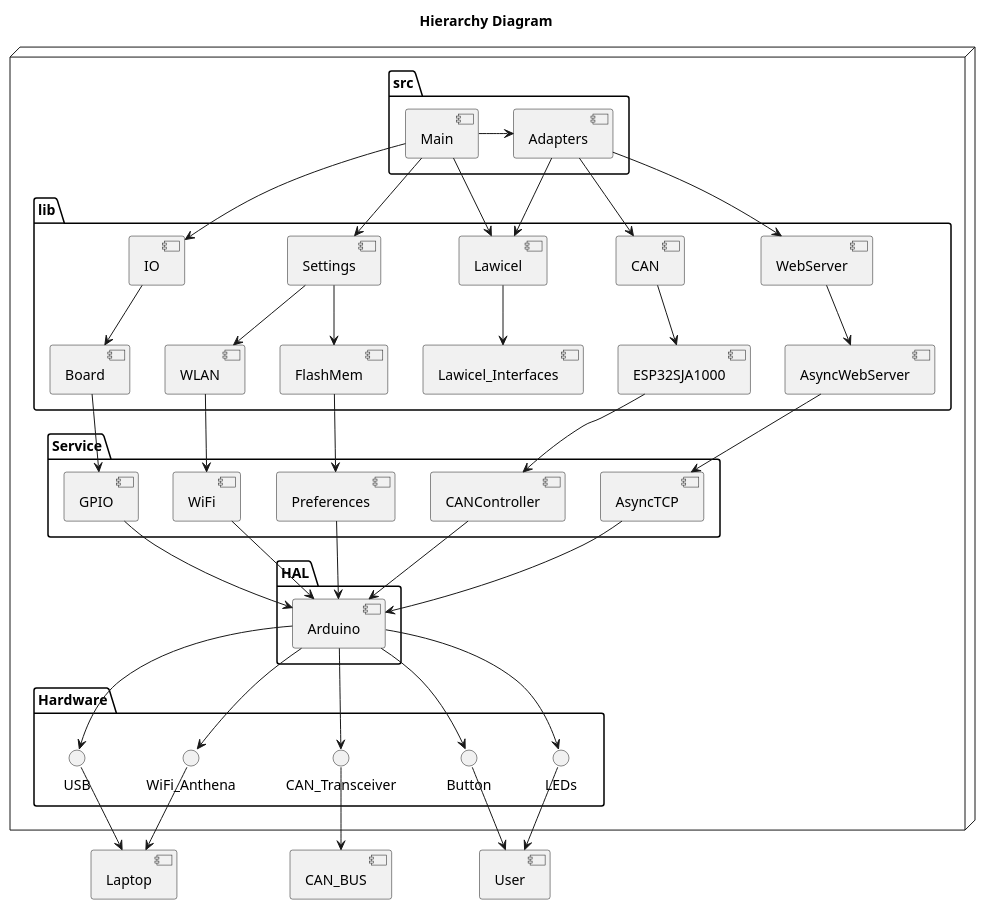
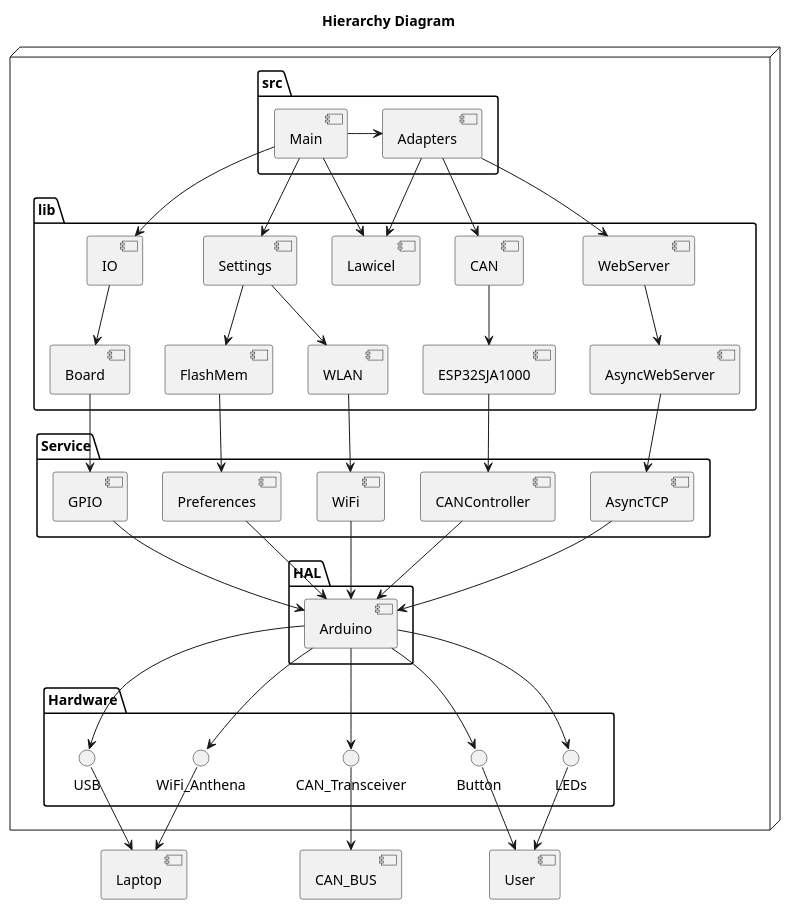
One commit to NewTec-GmbH/esp32-can-iot changed the diagram in Coding/fw/doc/design/FW_Hierarchy.plantuml. Above: the diagram before and after it, drawn with PlantUML.

Commit message:
Deleted Lawicel_Interfaces

```diff
--- a/Coding/fw/doc/design/FW_Hierarchy.plantuml
+++ b/Coding/fw/doc/design/FW_Hierarchy.plantuml
@@ -1,95 +1,93 @@
 @startuml
 
 title Hierarchy Diagram
 
 node {
     package src{
         component Main
         component Adapters
     }
 
     Main -right-> Adapters
 
     package lib{
         component CAN
         component IO
         component Lawicel
         component Settings
         component WebServer
 
         component ESP32SJA1000
         component Board
-        component Lawicel_Interfaces
         component FlashMem
         component WLAN
         component AsyncWebServer
     }
 
     Main --> Lawicel
     Main --> Settings
     Main --> IO
 
     Adapters --> Lawicel
     Adapters --> CAN
     Adapters --> WebServer
 
     CAN --> ESP32SJA1000
     IO --> Board
-    Lawicel --> Lawicel_Interfaces
     Settings --> FlashMem
     Settings --> WLAN
     WebServer --> AsyncWebServer
 
     package Service{
         component CANController
         component GPIO
         component WiFi
         component Preferences
         component AsyncTCP
     }
 
     ESP32SJA1000 --> CANController
     Board --> GPIO
     FlashMem --> Preferences
     WLAN --> WiFi
     AsyncWebServer --> AsyncTCP
 
     package HAL {
         component Arduino
     }
 
     CANController --> Arduino
     GPIO --> Arduino
     Preferences --> Arduino
     WiFi --> Arduino
     AsyncTCP --> Arduino
 
     package Hardware{
         interface WiFi_Anthena
         interface USB
         interface CAN_Transceiver
         interface Button
         interface LEDs
     }
 
     Arduino --> WiFi_Anthena
     Arduino --> USB
     Arduino --> CAN_Transceiver
     Arduino --> Button
     Arduino --> LEDs
 }
 
 component Laptop
 component CAN_BUS
 component User
 
 LEDs --> User
 Button --> User
 CAN_Transceiver --> CAN_BUS
 USB --> Laptop
 WiFi_Anthena --> Laptop
 
 
 
 
 @enduml
```
